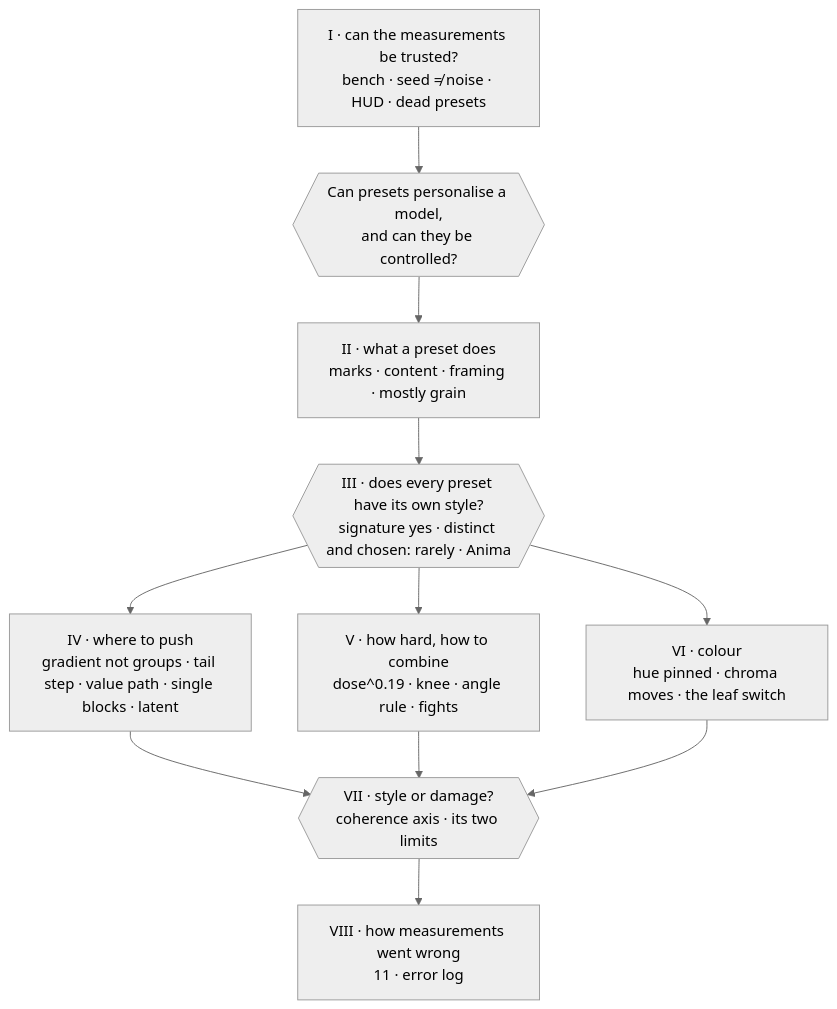
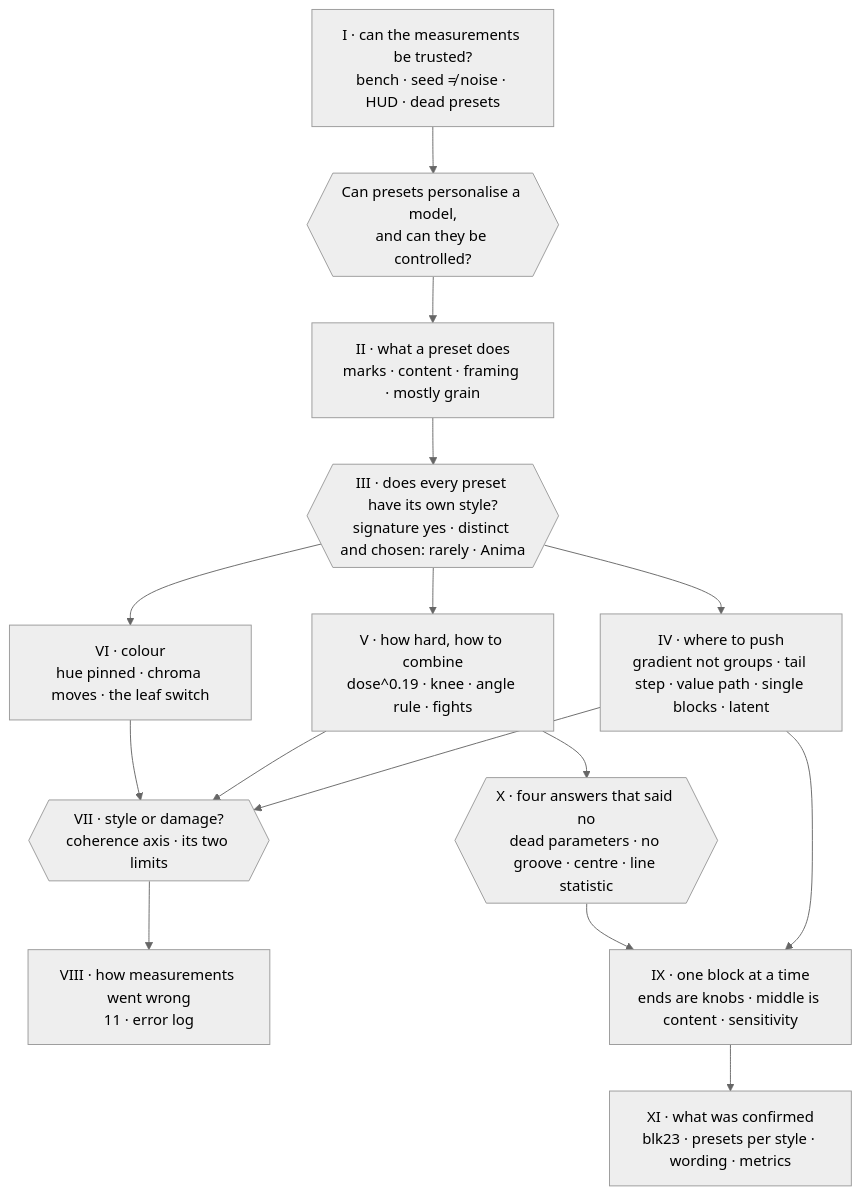
The diagram in notebook/STORY.md (aledelpho/diffusion-models-weight-steering-report), drawn with Mermaid (neutral theme) before and after one commit. The commit also changed other lines of this file and 10 other files, not shown here.

First line of the commit message:
notebook: pagine 12 (un blocco alla volta) e 13 (quattro risposte negative: famiglie di parametri, groove, centre push, wo depth); STORY aggiornato al 5/10 con 12 immagini e sezioni IX-XI; README con "Start here" e ambito aggiornato

````diff
--- a/notebook/STORY.md
+++ b/notebook/STORY.md
@@ -542,13 +671,17 @@
 ```mermaid
 flowchart TD
   I["I · can the measurements be trusted?<br/>bench · seed ≠ noise · HUD · dead presets"] --> Q{{"Can presets personalise a model,<br/>and can they be controlled?"}}
   Q --> II["II · what a preset does<br/>marks · content · framing · mostly grain"]
   II --> III{{"III · does every preset have its own style?<br/>signature yes · distinct and chosen: rarely · Anima"}}
   III --> IV["IV · where to push<br/>gradient not groups · tail step · value path · single blocks · latent"]
   III --> V["V · how hard, how to combine<br/>dose^0.19 · knee · angle rule · fights"]
   III --> VI["VI · colour<br/>hue pinned · chroma moves · the leaf switch"]
   IV --> VII{{"VII · style or damage?<br/>coherence axis · its two limits"}}
   V --> VII
   VI --> VII
   VII --> VIII["VIII · how measurements went wrong<br/>11 · error log"]
+  IV --> IX["IX · one block at a time<br/>ends are knobs · middle is content · sensitivity"]
+  V --> X{{"X · four answers that said no<br/>dead parameters · no groove · centre · line statistic"}}
+  IX --> XI["XI · what was confirmed<br/>blk23 · presets per style · wording · metrics"]
+  X --> IX
 ```
````
